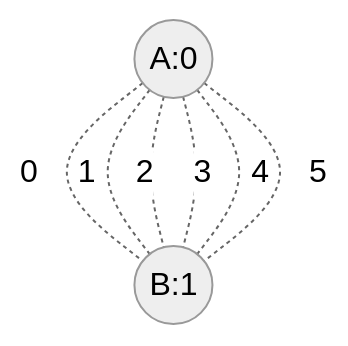
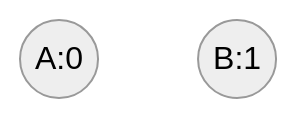
Before and after one commit to randomfunkstyle/randomfun2025swift: the diagram in Resources/TestMaps/two_rooms_full.md, drawn with Mermaid (neutral theme). The commit also changed other lines of this file and 27 other files, not shown here.

````diff
--- a/Resources/TestMaps/two_rooms_full.md
+++ b/Resources/TestMaps/two_rooms_full.md
@@ -3,12 +3,6 @@
 ```mermaid
 graph TD
     A((A:0))
     B((B:1))
-    
-    A -.0.- B
-    A -.1.- B
-    A -.2.- B
-    A -.3.- B
-    A -.4.- B
-    A -.5.- B
+
 ```
````
